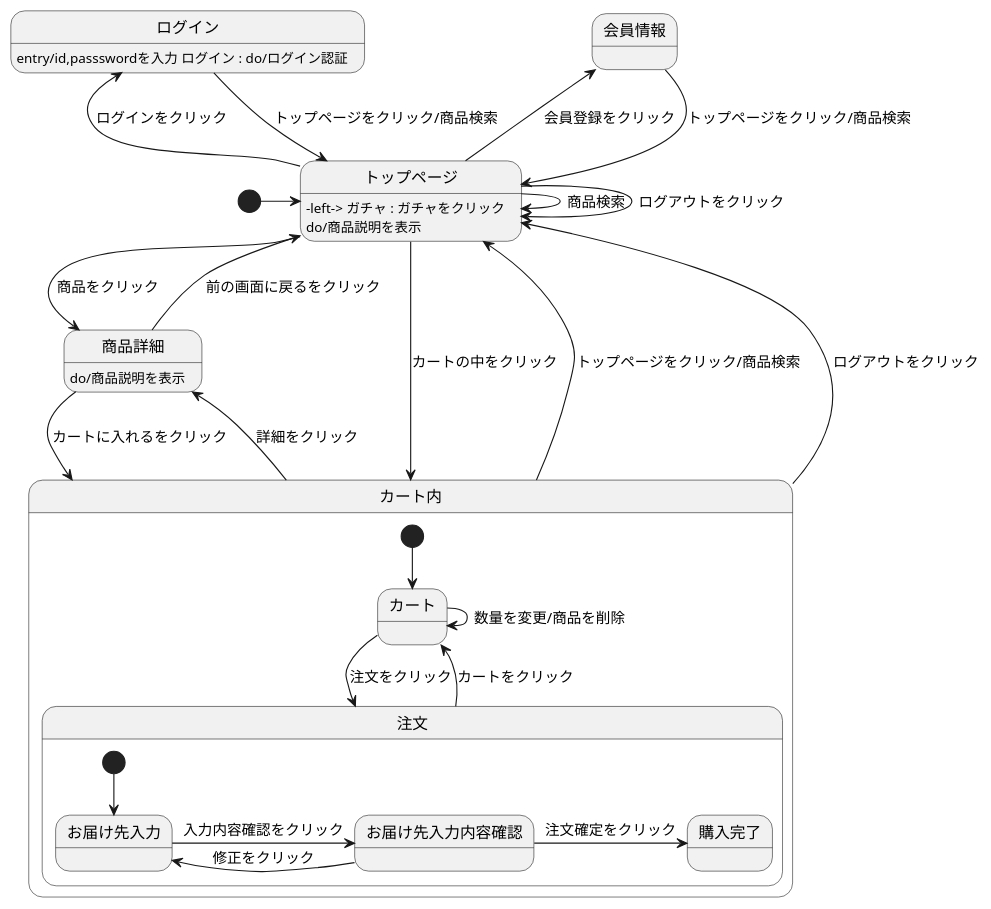
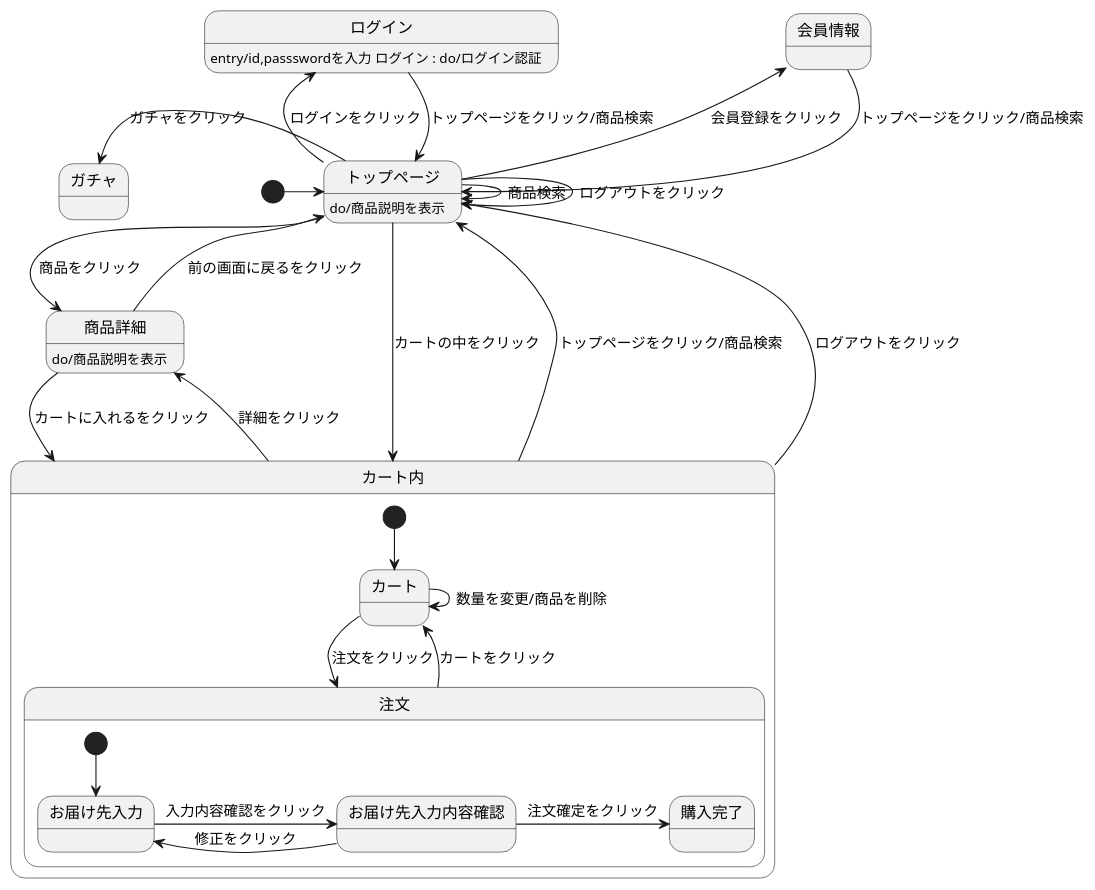
Before and after one commit to Aso2001220/2021sys-design: the diagram in 4_01.md, drawn with PlantUML.

````diff
--- a/4_01.md
+++ b/4_01.md
@@ -1,35 +1,35 @@
 ```uml
 @startuml
 
 [*] -> トップページ
 会員情報 --> トップページ : トップページをクリック/商品検索
 ログイン --> トップページ : トップページをクリック/商品検索
 ログイン : entry/id,passswordを入力 ログイン : do/ログイン認証
 トップページ --> トップページ : ログアウトをクリック
 トップページ -> トップページ : 商品検索
 トップページ -> 商品詳細 : 商品をクリック
 トップページ -left-> 会員情報 : 会員登録をクリック
 トップページ -left-> ログイン : ログインをクリック
-トップページ : -left-> ガチャ : ガチャをクリック
+トップページ -left-> ガチャ : ガチャをクリック
 トップページ --> カート内 : カートの中をクリック
 トップページ : do/商品説明を表示
 商品詳細 --> カート内 : カートに入れるをクリック
 商品詳細 --> トップページ : 前の画面に戻るをクリック
 商品詳細 : do/商品説明を表示
 カート内 -up-> トップページ : トップページをクリック/商品検索
 カート内 -up-> トップページ : ログアウトをクリック
 カート内 -> 商品詳細 : 詳細をクリック
 state カート内{
 [*] --> カート 
 カート -> 注文 : 注文をクリック
 カート -> カート : 数量を変更/商品を削除
 注文 --> カート : カートをクリック
 state 注文{ 
 [*] --> お届け先入力
 お届け先入力 -> お届け先入力内容確認 : 入力内容確認をクリック
 お届け先入力内容確認 -> お届け先入力 : 修正をクリック
 お届け先入力内容確認 -> 購入完了 : 注文確定をクリック
 } 
 }
 @enduml
 ```
````
